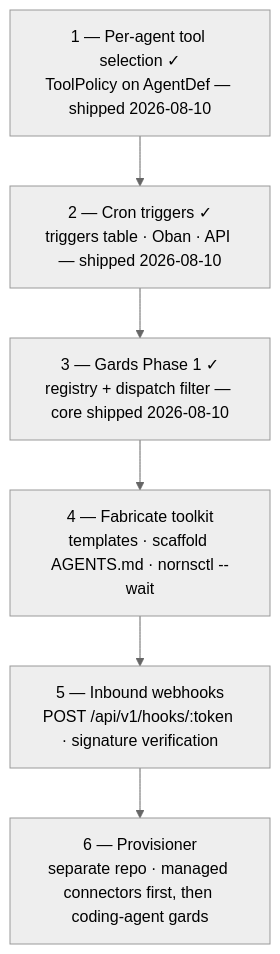
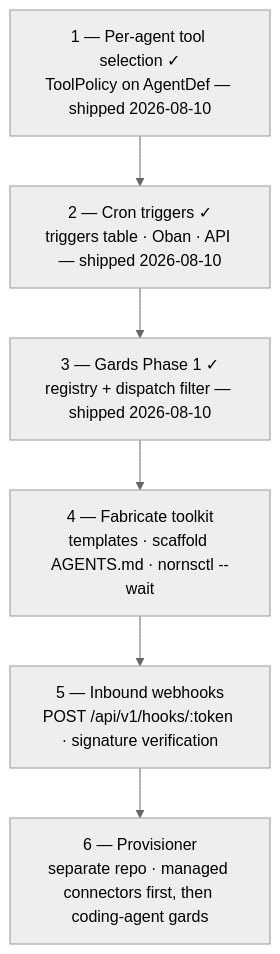
Before and after one commit to amackera/norns: the diagram in docs/roadmap.md, drawn with Mermaid (neutral theme). The commit also changed other lines of this file and 10 other files, not shown here.

````diff
--- a/docs/roadmap.md
+++ b/docs/roadmap.md
@@ -54,10 +54,10 @@
 ```mermaid
 flowchart TB
     A["1 — Per-agent tool selection ✓<br/>ToolPolicy on AgentDef — shipped 2026-08-10"]
     B["2 — Cron triggers ✓<br/>triggers table · Oban · API — shipped 2026-08-10"]
-    C["3 — Gards Phase 1 ✓<br/>registry + dispatch filter — core shipped 2026-08-10"]
+    C["3 — Gards Phase 1 ✓<br/>registry + dispatch filter — shipped 2026-08-10"]
     D["4 — Fabricate toolkit<br/>templates · scaffold AGENTS.md · nornsctl --wait"]
     E["5 — Inbound webhooks<br/>POST /api/v1/hooks/:token · signature verification"]
     F["6 — Provisioner<br/>separate repo · managed connectors first, then coding-agent gards"]
     A --> B --> C --> D --> E --> F
 ```
````
